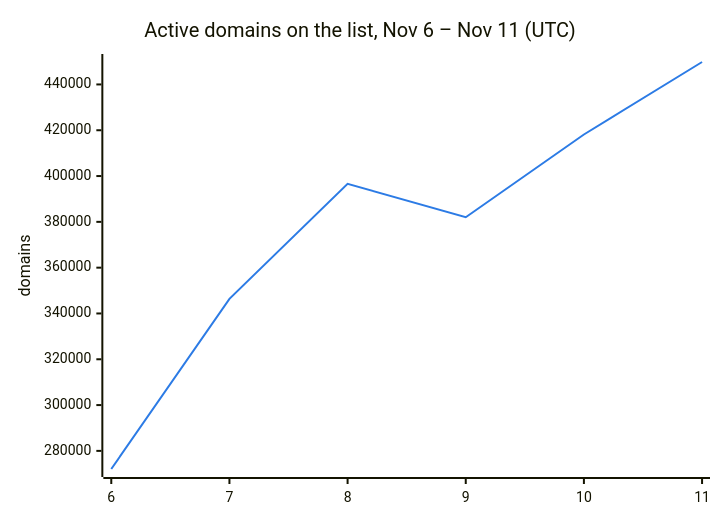
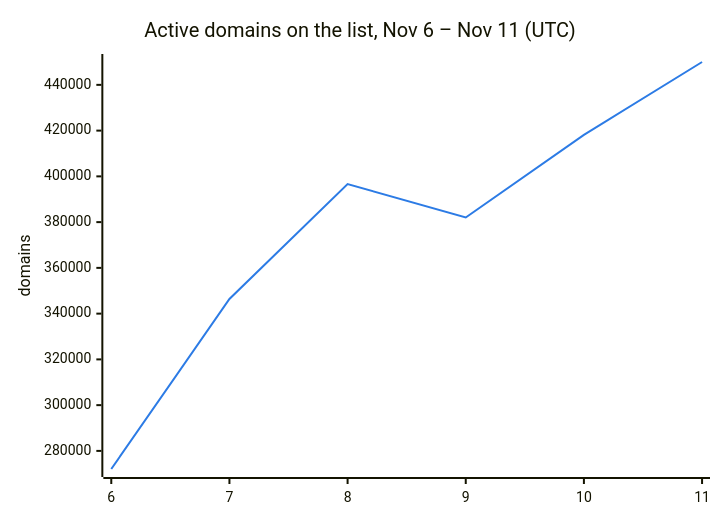
Before and after one commit to DNSBunker/CTI: the second of 3 diagrams in README.md, drawn with Mermaid. The commit also changed other lines of this file and 3 other files, not shown here.

````diff
--- a/README.md
+++ b/README.md
@@ -38,8 +38,8 @@
 ```mermaid
 %%{init: {"themeVariables": {"xyChart": {"plotColorPalette": "#2c7be5"}}}}%%
 xychart-beta
     title "Active domains on the list, Nov 6 – Nov 11 (UTC)"
     x-axis ["6", "7", "8", "9", "10", "11"]
     y-axis "domains"
-    line [272088, 346388, 396638, 382009, 418143, 449799]
+    line [272088, 346388, 396638, 382009, 418143, 449991]
 ```
````
